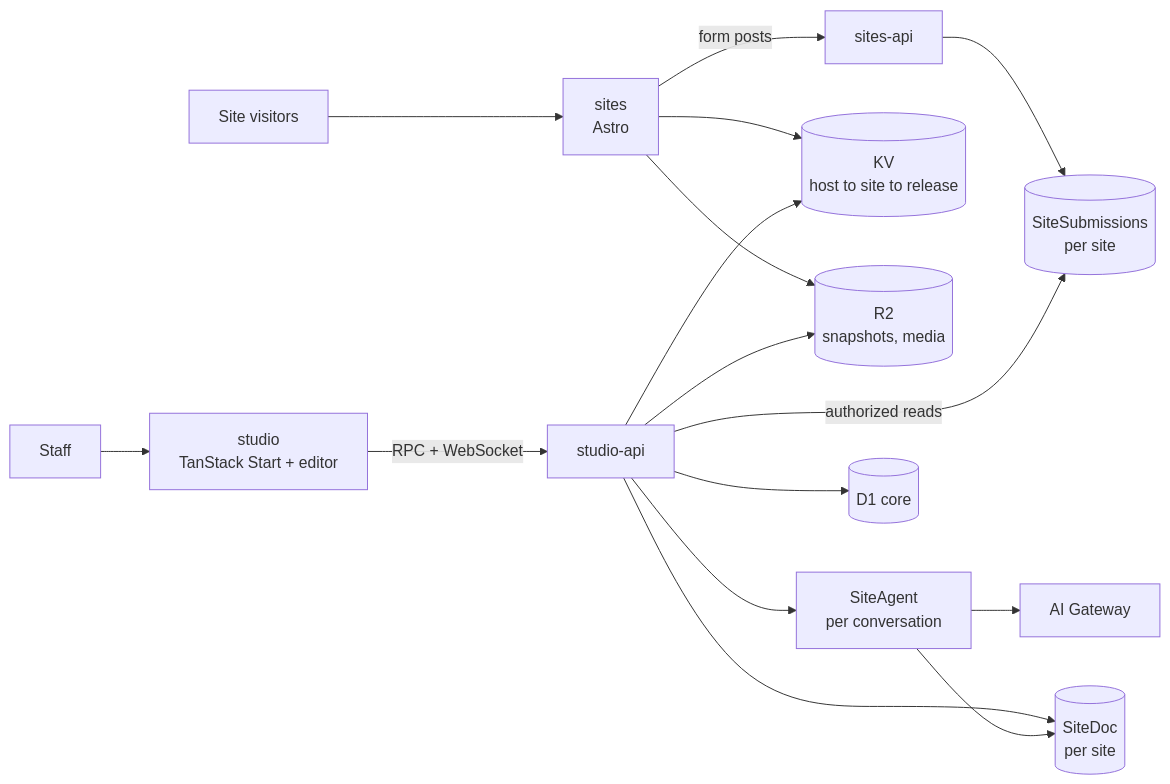
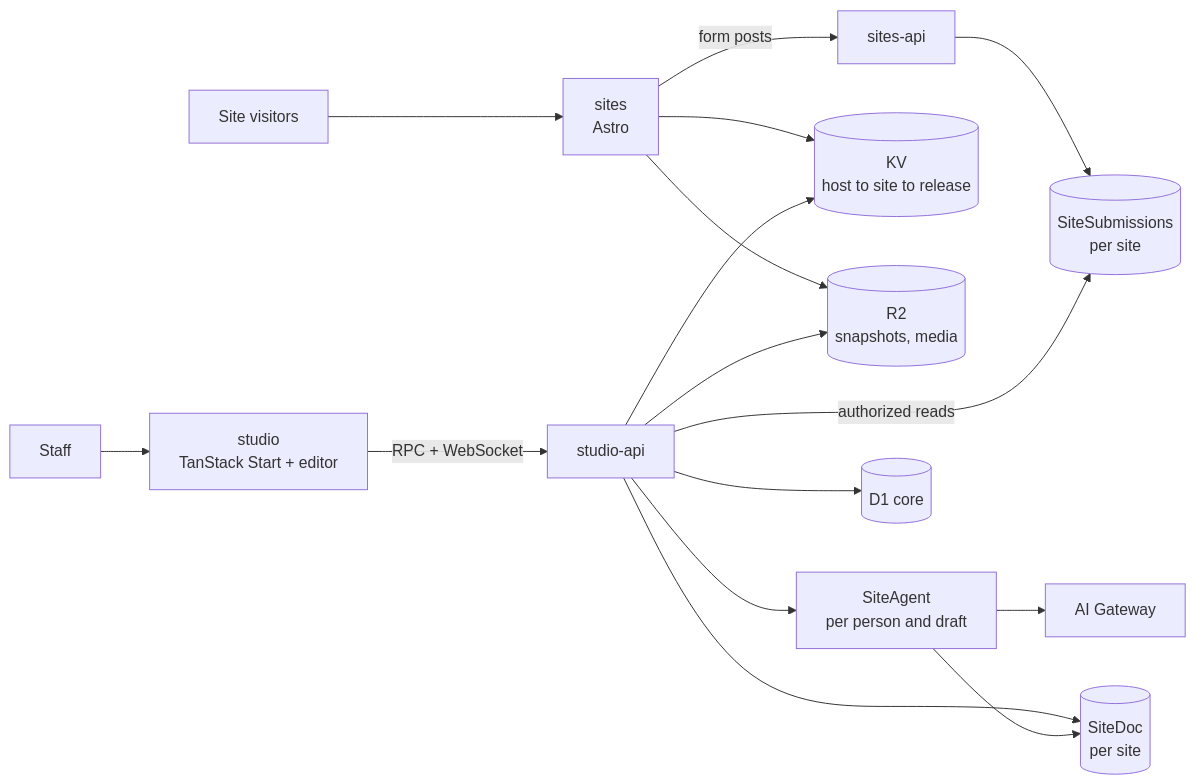
One commit to AdiRishi/pakshi changed the first of 3 diagrams in docs/technical-design.mdx. Above: the diagram before and after it, drawn with Mermaid. The commit also changed other lines of this file and 3 other files, not shown here.

First line of the commit message:
Run the agent on Effect AI, one conversation per person and draft

````diff
--- a/docs/technical-design.mdx
+++ b/docs/technical-design.mdx
@@ -16,18 +16,18 @@
 ```mermaid
 flowchart LR
   V[Site visitors] --> S[sites<br/>Astro]
   S -->|form posts| SA[sites-api]
   S --> KV[(KV<br/>host to site to release)]
   S --> R2[(R2<br/>snapshots, media)]
   SA --> SUB[(SiteSubmissions<br/>per site)]
   U[Staff] --> ST[studio<br/>TanStack Start + editor]
   ST -->|RPC + WebSocket| API[studio-api]
   API --> DO[(SiteDoc<br/>per site)]
-  API --> AG[SiteAgent<br/>per conversation]
+  API --> AG[SiteAgent<br/>per person and draft]
   AG --> DO
   AG --> GW[AI Gateway]
   API --> CORE[(D1 core)]
   API --> R2
   API --> KV
   API -->|authorized reads| SUB
 ```
````
